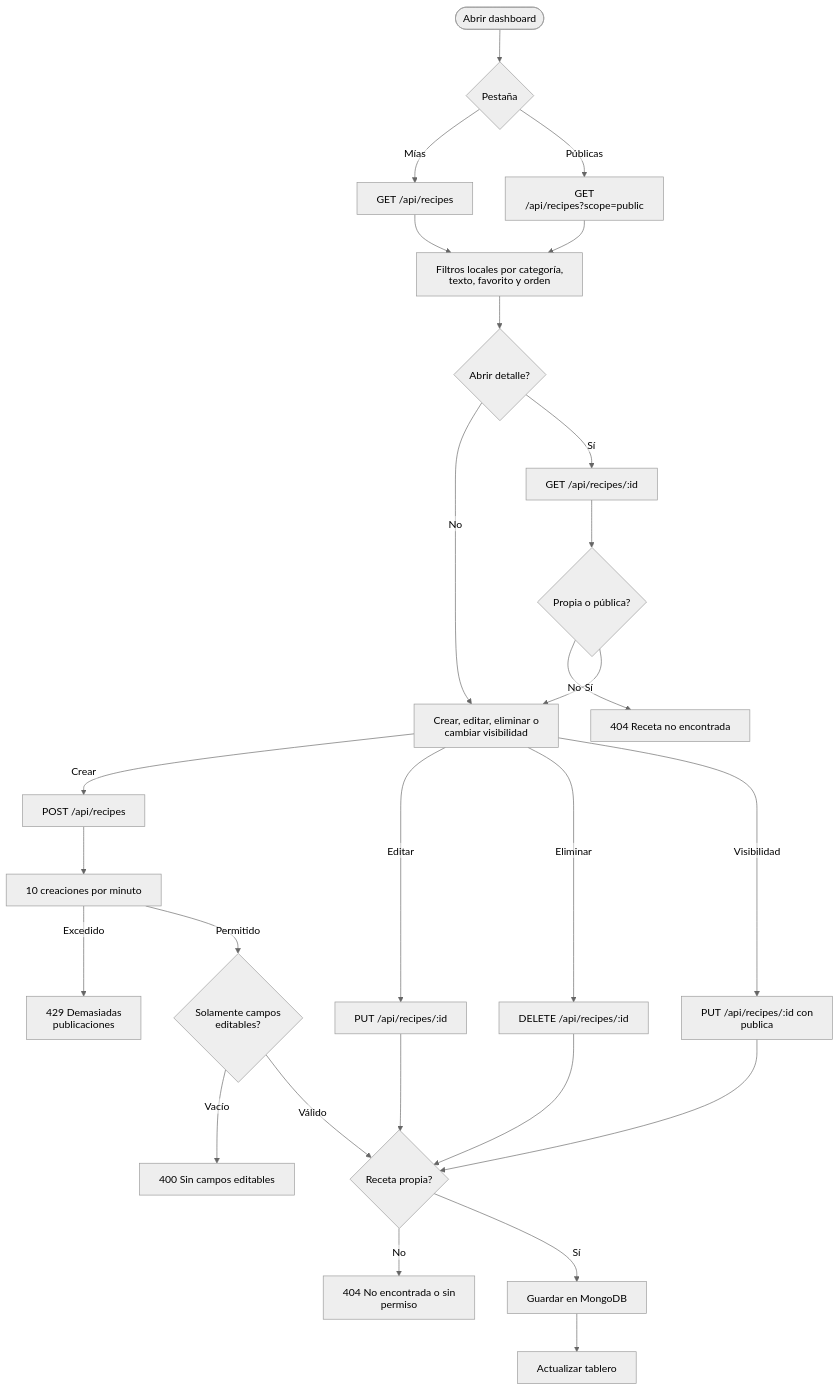
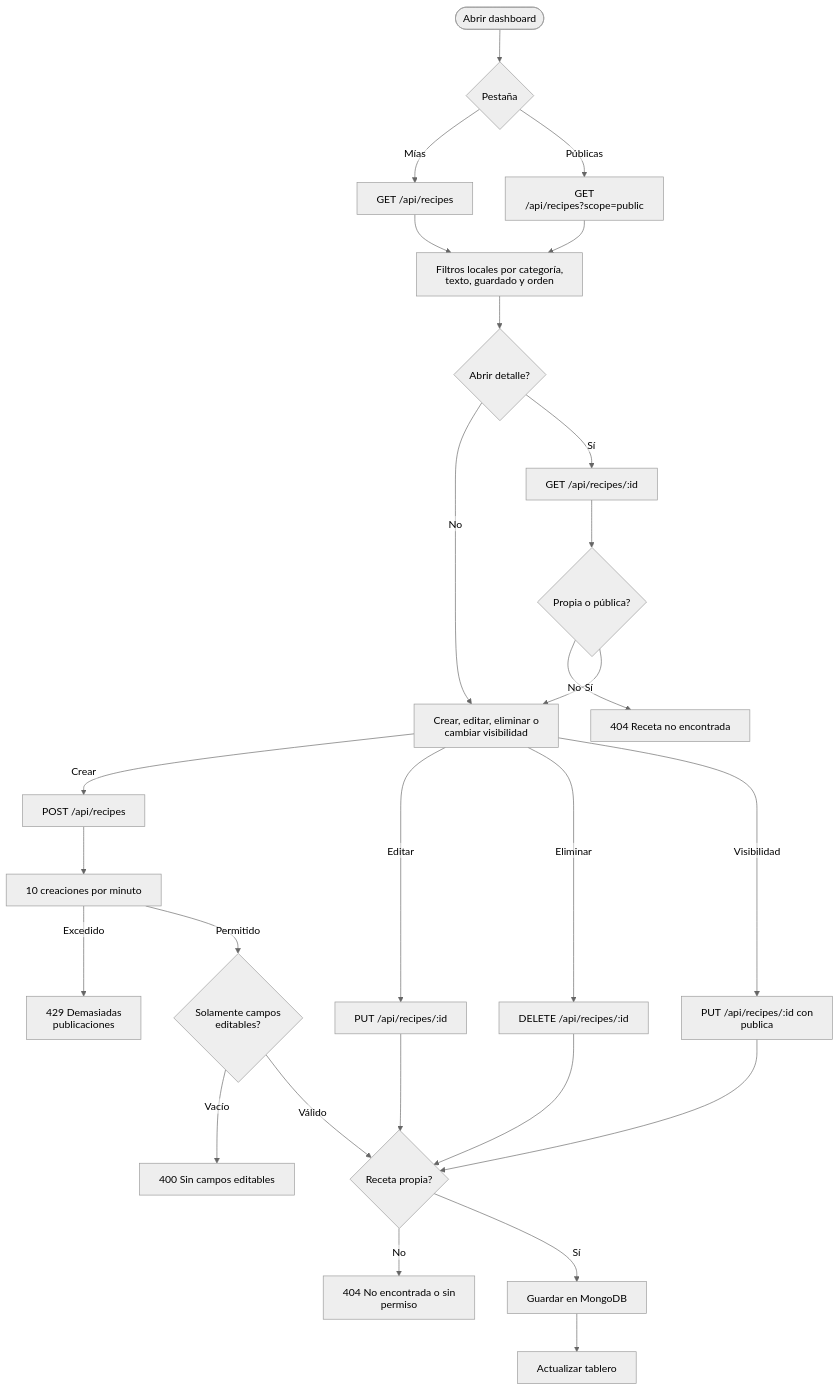
One commit to CarlosOrozco-1/Recetario_mongodb changed the diagram in docs/dercas/diagramas/flujo/recetas-y-visibilidad.md. Above: the diagram before and after it, drawn with Mermaid (neutral theme). The commit also changed other lines of this file and 28 other files, not shown here.

Commit message:
docs(diagramas): regenerar ER, flujo, casos de uso y estados; recompilar DERCAS

````diff
--- a/docs/dercas/diagramas/flujo/recetas-y-visibilidad.md
+++ b/docs/dercas/diagramas/flujo/recetas-y-visibilidad.md
@@ -11,30 +11,30 @@
 ```mermaid
 %%{init: {"htmlLabels": false}}%%
 graph TD
     Dashboard([Abrir dashboard]) --> Tab{Pestaña}
     Tab -->|Mías| Propias[GET /api/recipes]
     Tab -->|Públicas| Publicas[GET /api/recipes?scope=public]
-    Propias --> Filtros[Filtros locales por categoría, texto, favorito y orden]
+    Propias --> Filtros[Filtros locales por categoría, texto, guardado y orden]
     Publicas --> Filtros
     Filtros --> Modal{Abrir detalle?}
     Modal -->|No| Accion[Crear, editar, eliminar o cambiar visibilidad]
     Modal -->|Sí| Detalle[GET /api/recipes/:id]
     Detalle --> Visible{Propia o pública?}
     Visible -->|No| E404[404 Receta no encontrada]
     Visible -->|Sí| Accion
     Accion -->|Crear| Crear[POST /api/recipes]
     Accion -->|Editar| Editar[PUT /api/recipes/:id]
     Accion -->|Eliminar| Eliminar[DELETE /api/recipes/:id]
     Accion -->|Visibilidad| Visibilidad[PUT /api/recipes/:id con publica]
     Crear --> Límite[10 creaciones por minuto]
     Límite -->|Excedido| E429[429 Demasiadas publicaciones]
     Límite -->|Permitido| Campos{Solamente campos editables?}
     Campos -->|Vacío| E400[400 Sin campos editables]
     Campos -->|Válido| Dueno{Receta propia?}
     Dueno -->|No| E404D[404 No encontrada o sin permiso]
     Dueno -->|Sí| Guardar[Guardar en MongoDB]
     Eliminar --> Dueno
     Editar --> Dueno
     Visibilidad --> Dueno
     Guardar --> Refrescar[Actualizar tablero]
 ```
````
